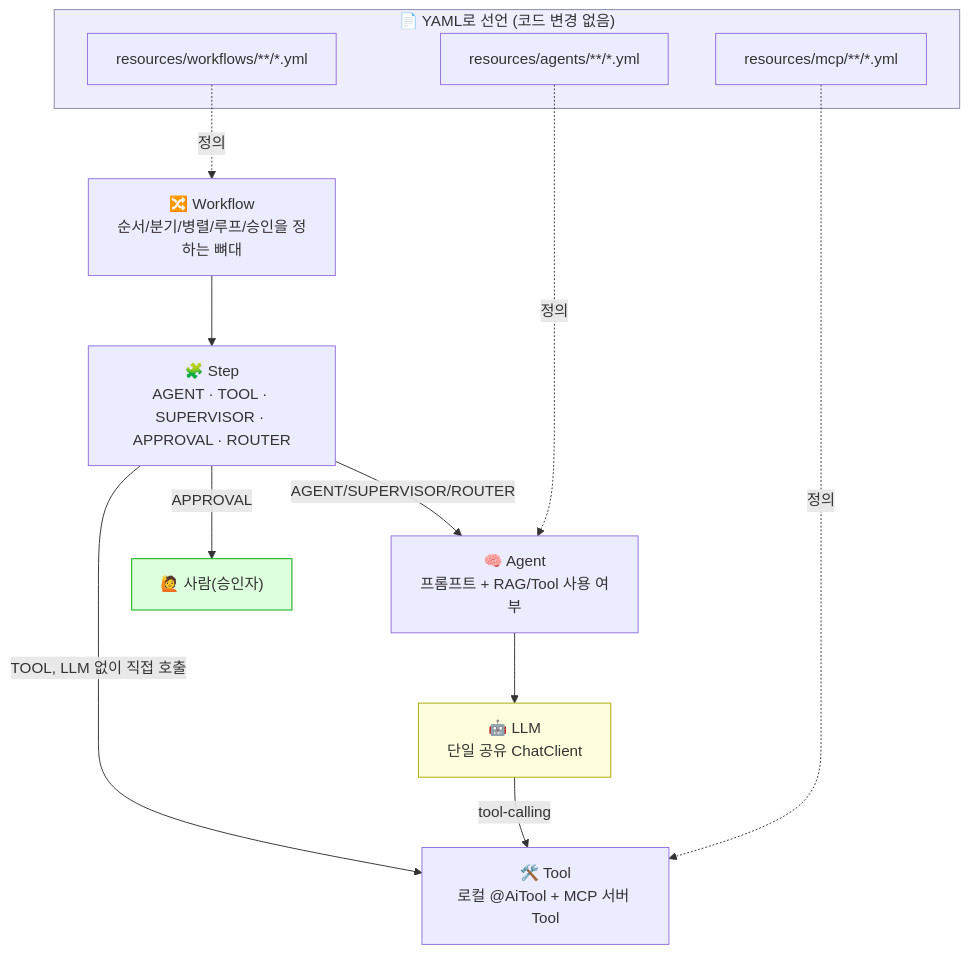
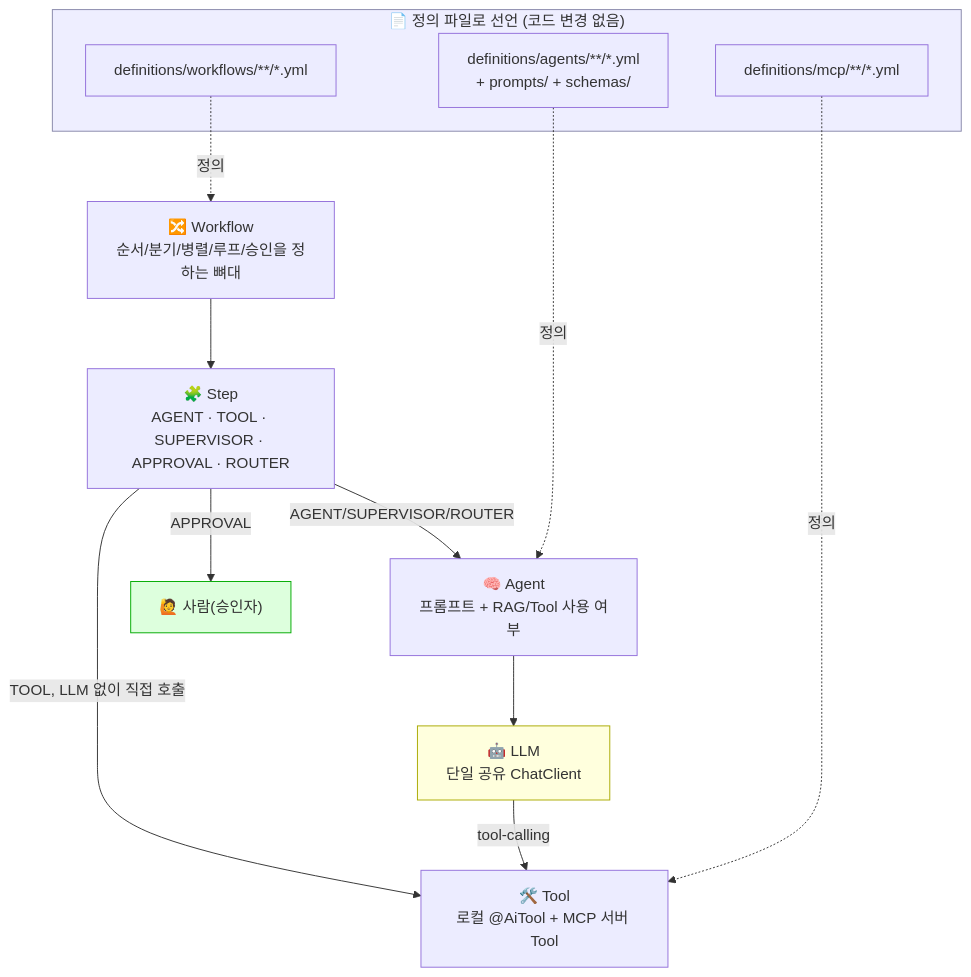
Before and after one commit to YongSoekChoeng/dstone: the first of 10 diagrams in docs/09.dstone-ai-engine.md, drawn with Mermaid. The commit also changed other lines of this file and 203 other files, not shown here.

````diff
--- a/docs/09.dstone-ai-engine.md
+++ b/docs/09.dstone-ai-engine.md
@@ -177,30 +187,30 @@
 ```mermaid
 flowchart TB
-    subgraph YAML["📄 YAML로 선언 (코드 변경 없음)"]
-        WF["resources/workflows/**/*.yml"]
-        AG["resources/agents/**/*.yml"]
-        MCP["resources/mcp/**/*.yml"]
+    subgraph YAML["📄 정의 파일로 선언 (코드 변경 없음)"]
+        WF["definitions/workflows/**/*.yml"]
+        AG["definitions/agents/**/*.yml\n+ prompts/ + schemas/"]
+        MCP["definitions/mcp/**/*.yml"]
     end
 
     W["🔀 Workflow\n순서/분기/병렬/루프/승인을 정하는 뼈대"]
     S["🧩 Step\nAGENT · TOOL · SUPERVISOR · APPROVAL · ROUTER"]
     A["🧠 Agent\n프롬프트 + RAG/Tool 사용 여부"]
     L["🤖 LLM\n단일 공유 ChatClient"]
     H["🙋 사람(승인자)"]
     T["🛠️ Tool\n로컬 @AiTool + MCP 서버 Tool"]
 
     WF -.정의.-> W
     AG -.정의.-> A
     MCP -.정의.-> T
 
     W --> S
     S -->|AGENT/SUPERVISOR/ROUTER| A
     S -->|APPROVAL| H
     A --> L
     L -->|tool-calling| T
     S -->|TOOL, LLM 없이 직접 호출| T
 
     style YAML fill:#eef,stroke:#88a
     style L fill:#ffd,stroke:#aa0
     style H fill:#dfd,stroke:#0a0
 ```
````
